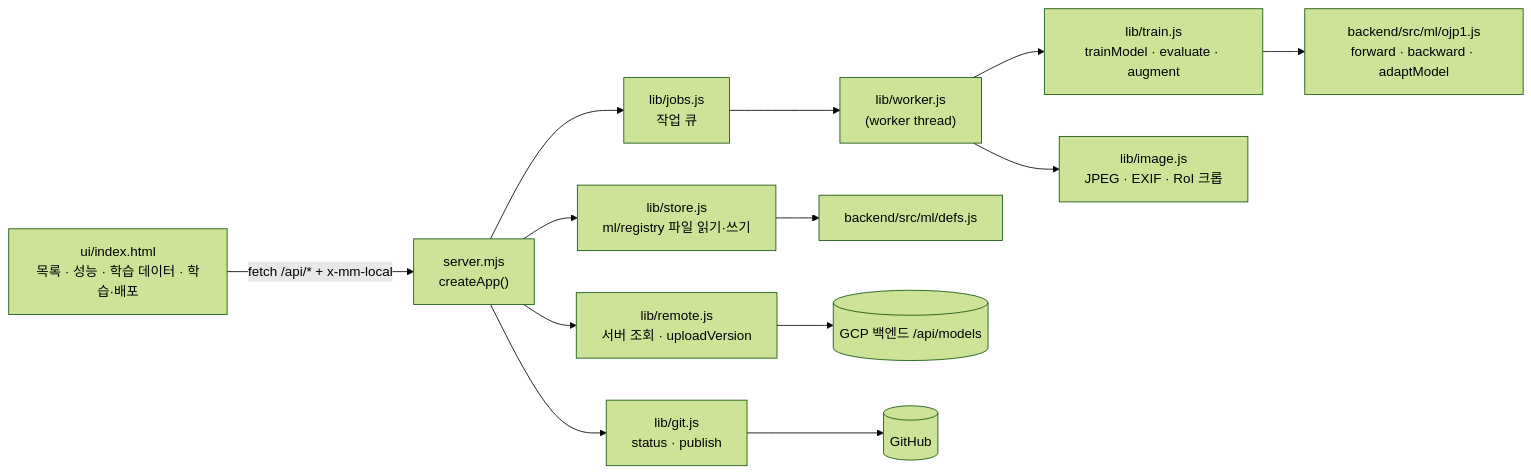
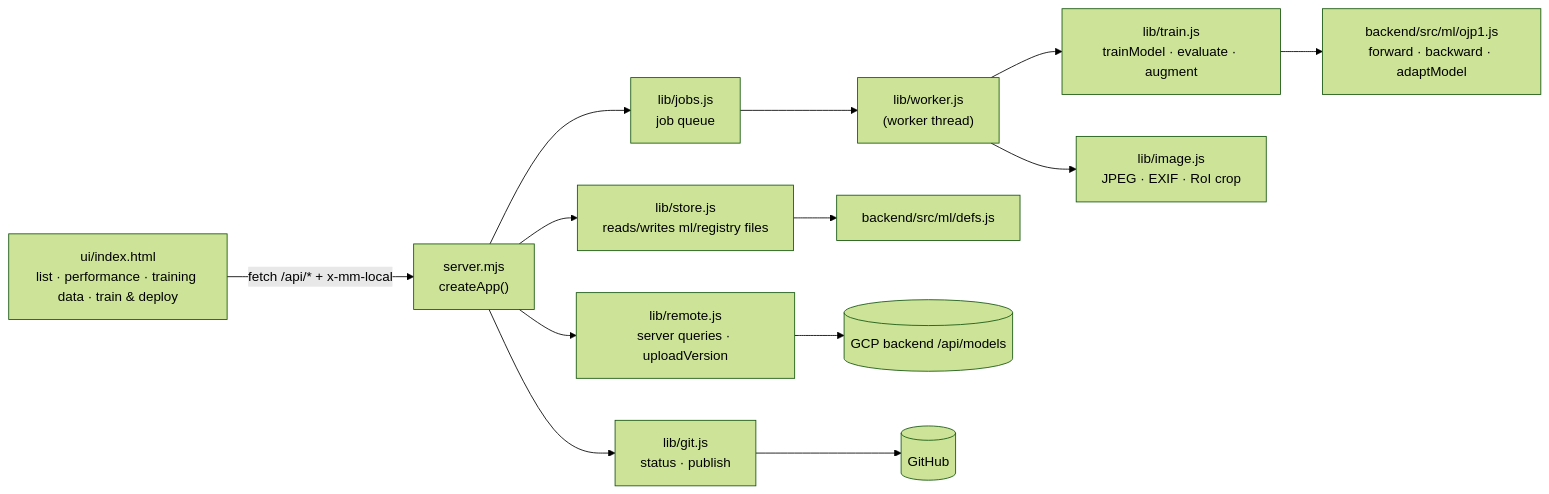
The fifth of 16 diagrams in docs/code-graph/README.md (chungbrain/OOJOO-FARM), drawn with Mermaid (forest theme) before and after one commit. The commit also changed other lines of this file and 7 other files, not shown here.

First line of the commit message:
docs: English code graph as default, Korean in *_kor.md

````diff
--- a/docs/code-graph/README.md
+++ b/docs/code-graph/README.md
@@ -149,15 +149,15 @@
 ```mermaid
 flowchart LR
-  UI["ui/index.html<br/>목록 · 성능 · 학습 데이터 · 학습·배포"] -- "fetch /api/* + x-mm-local" --> SRV["server.mjs<br/>createApp()"]
-  SRV --> ST["lib/store.js<br/>ml/registry 파일 읽기·쓰기"]
-  SRV --> JB["lib/jobs.js<br/>작업 큐"]
+  UI["ui/index.html<br/>list · performance · training data · train & deploy"] -- "fetch /api/* + x-mm-local" --> SRV["server.mjs<br/>createApp()"]
+  SRV --> ST["lib/store.js<br/>reads/writes ml/registry files"]
+  SRV --> JB["lib/jobs.js<br/>job queue"]
   JB --> WK["lib/worker.js<br/>(worker thread)"]
   WK --> TR["lib/train.js<br/>trainModel · evaluate · augment"]
-  WK --> IMG["lib/image.js<br/>JPEG · EXIF · RoI 크롭"]
+  WK --> IMG["lib/image.js<br/>JPEG · EXIF · RoI crop"]
   TR --> OJ["backend/src/ml/ojp1.js<br/>forward · backward · adaptModel"]
   ST --> DEFS["backend/src/ml/defs.js"]
-  SRV --> RM["lib/remote.js<br/>서버 조회 · uploadVersion"]
+  SRV --> RM["lib/remote.js<br/>server queries · uploadVersion"]
   SRV --> GT["lib/git.js<br/>status · publish"]
-  RM --> BK[("GCP 백엔드 /api/models")]
+  RM --> BK[("GCP backend /api/models")]
   GT --> GH[("GitHub")]
 ```
````
